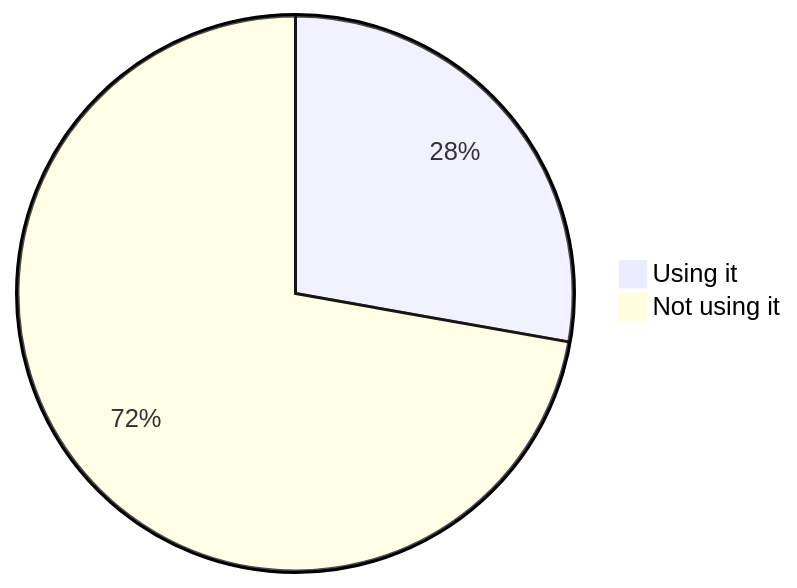
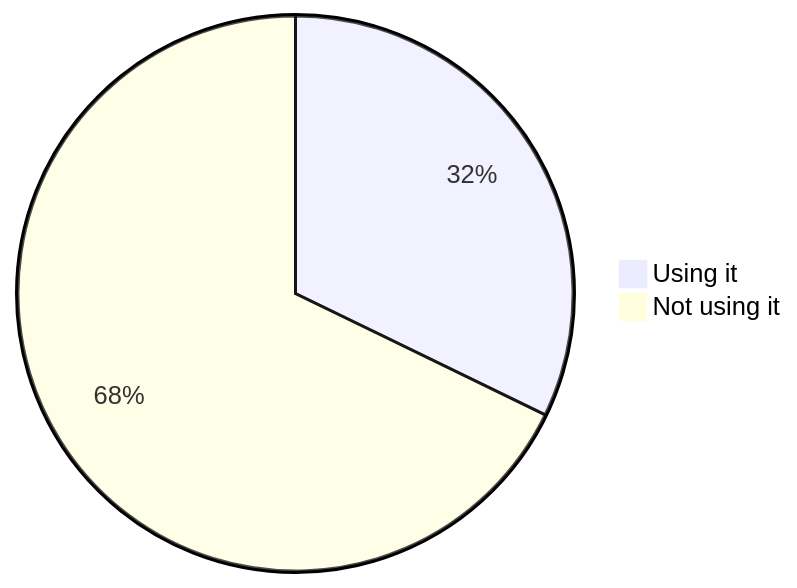
One commit to oshp/oshp-stats changed diagram 15 of 22 in stats.md. Above: the diagram before and after it, drawn with Mermaid. The commit also changed other lines of this file, not shown here.

````diff
--- a/stats.md
+++ b/stats.md
@@ -178,6 +178,6 @@
 ```mermaid
 pie
-	"Using it" : 27.79
-	"Not using it" : 72.21
+	"Using it" : 32.2
+	"Not using it" : 67.8
 
 ```
````
